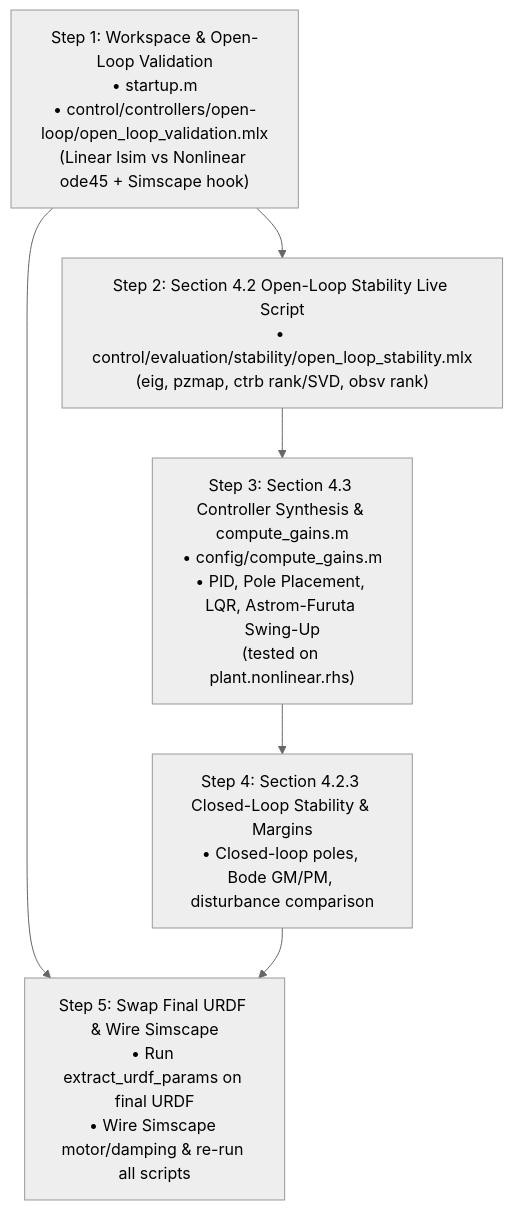
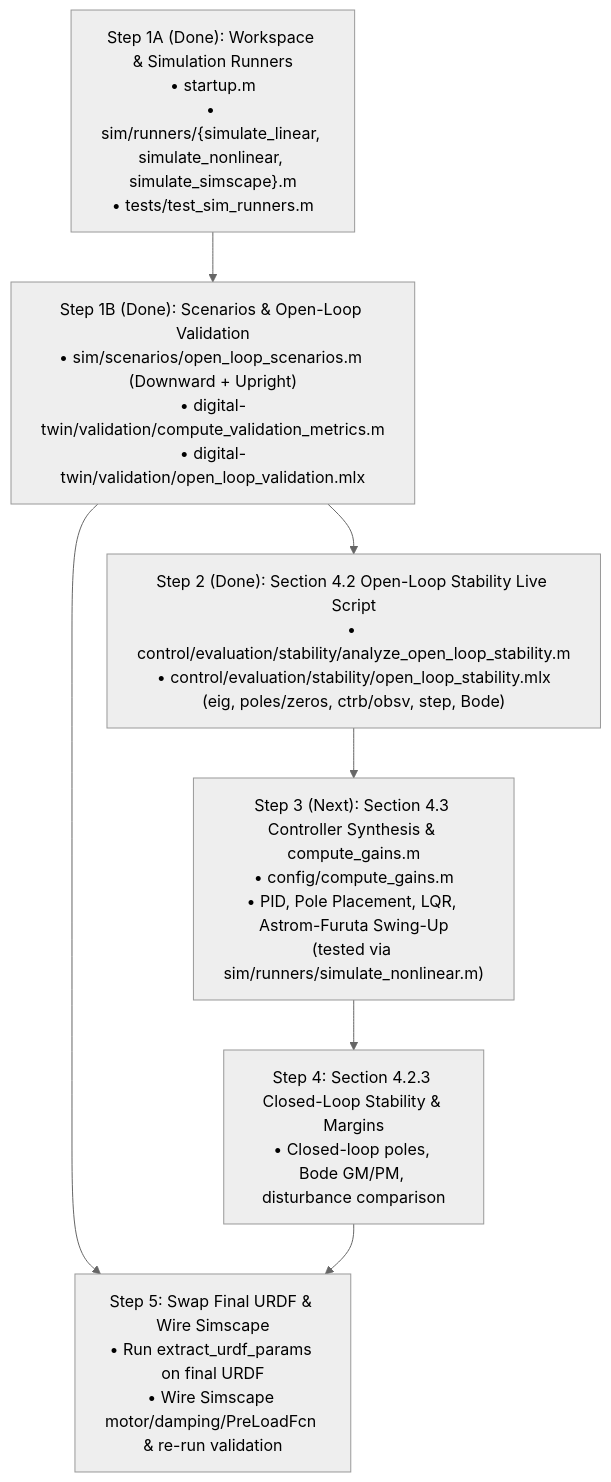
Before and after one commit to Mohammed159159/swing: the diagram in docs/logs/ROADMAP.md, drawn with Mermaid (neutral theme). The commit also changed other lines of this file and 45 other files, not shown here.

Commit message:
dev: Add model validation and open-loop stability analysis

````diff
--- a/docs/logs/ROADMAP.md
+++ b/docs/logs/ROADMAP.md
@@ -75,7 +84,8 @@
 ```mermaid
 flowchart TD
-    S1["Step 1: Workspace & Open-Loop Validation<br/>• startup.m<br/>• control/controllers/open-loop/open_loop_validation.mlx<br/>(Linear lsim vs Nonlinear ode45 + Simscape hook)"] --> S2["Step 2: Section 4.2 Open-Loop Stability Live Script<br/>• control/evaluation/stability/open_loop_stability.mlx<br/>(eig, pzmap, ctrb rank/SVD, obsv rank)"]
-    S2 --> S3["Step 3: Section 4.3 Controller Synthesis & compute_gains.m<br/>• config/compute_gains.m<br/>• PID, Pole Placement, LQR, Astrom-Furuta Swing-Up<br/>(tested on plant.nonlinear.rhs)"]
+    S1A["Step 1A (Done): Workspace & Simulation Runners<br/>• startup.m<br/>• sim/runners/{simulate_linear, simulate_nonlinear, simulate_simscape}.m<br/>• tests/test_sim_runners.m"] --> S1B["Step 1B (Done): Scenarios & Open-Loop Validation<br/>• sim/scenarios/open_loop_scenarios.m (Downward + Upright)<br/>• digital-twin/validation/compute_validation_metrics.m<br/>• digital-twin/validation/open_loop_validation.mlx"]
+    S1B --> S2["Step 2 (Done): Section 4.2 Open-Loop Stability Live Script<br/>• control/evaluation/stability/analyze_open_loop_stability.m<br/>• control/evaluation/stability/open_loop_stability.mlx<br/>(eig, poles/zeros, ctrb/obsv, step, Bode)"]
+    S2 --> S3["Step 3 (Next): Section 4.3 Controller Synthesis & compute_gains.m<br/>• config/compute_gains.m<br/>• PID, Pole Placement, LQR, Astrom-Furuta Swing-Up<br/>(tested via sim/runners/simulate_nonlinear.m)"]
     S3 --> S4["Step 4: Section 4.2.3 Closed-Loop Stability & Margins<br/>• Closed-loop poles, Bode GM/PM, disturbance comparison"]
-    S1 & S4 --> S5["Step 5: Swap Final URDF & Wire Simscape<br/>• Run extract_urdf_params on final URDF<br/>• Wire Simscape motor/damping & re-run all scripts"]
+    S1B & S4 --> S5["Step 5: Swap Final URDF & Wire Simscape<br/>• Run extract_urdf_params on final URDF<br/>• Wire Simscape motor/damping/PreLoadFcn & re-run validation"]
 ```
````
